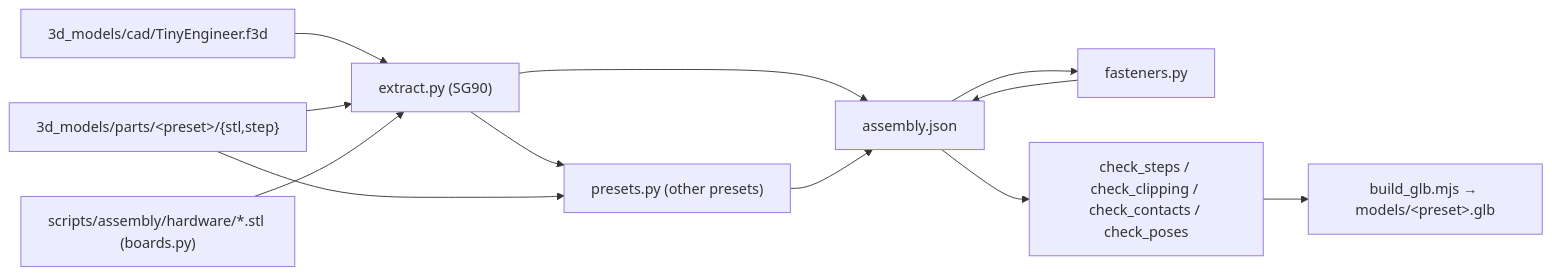
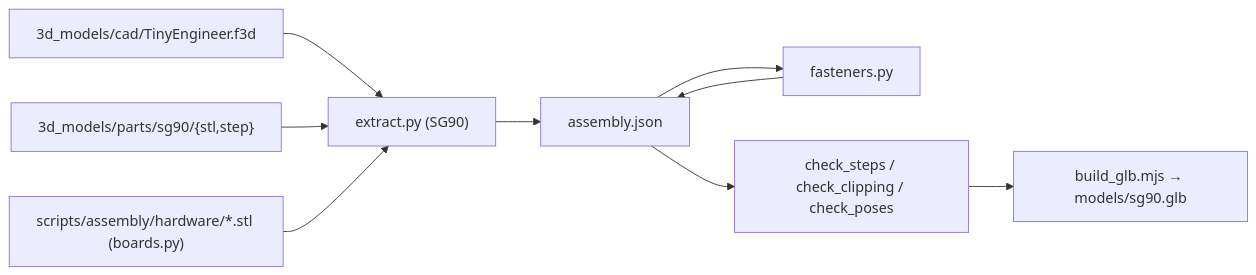
One commit to jamro/tiny-engineer changed the diagram in docs/3d/assembly-viewer.md. Above: the diagram before and after it, drawn with Mermaid. The commit also changed other lines of this file and 39 other files, not shown here.

````diff
--- a/docs/3d/assembly-viewer.md
+++ b/docs/3d/assembly-viewer.md
@@ -5,21 +5,17 @@
 ```mermaid
 flowchart LR
   f3d["3d_models/cad/TinyEngineer.f3d"]
-  parts["3d_models/parts/&lt;preset&gt;/{stl,step}"]
+  parts["3d_models/parts/sg90/{stl,step}"]
   boards["scripts/assembly/hardware/*.stl (boards.py)"]
   extract["extract.py (SG90)"]
-  presets["presets.py (other presets)"]
   fasteners["fasteners.py"]
   json["assembly.json"]
-  checks["check_steps / check_clipping / check_contacts / check_poses"]
-  glb["build_glb.mjs → models/&lt;preset&gt;.glb"]
+  checks["check_steps / check_clipping / check_poses"]
+  glb["build_glb.mjs → models/sg90.glb"]
   f3d --> extract
   parts --> extract
   boards --> extract
-  extract --> presets
-  parts --> presets
   extract --> json
-  presets --> json
   json --> fasteners --> json
   json --> checks --> glb
 ```
````
